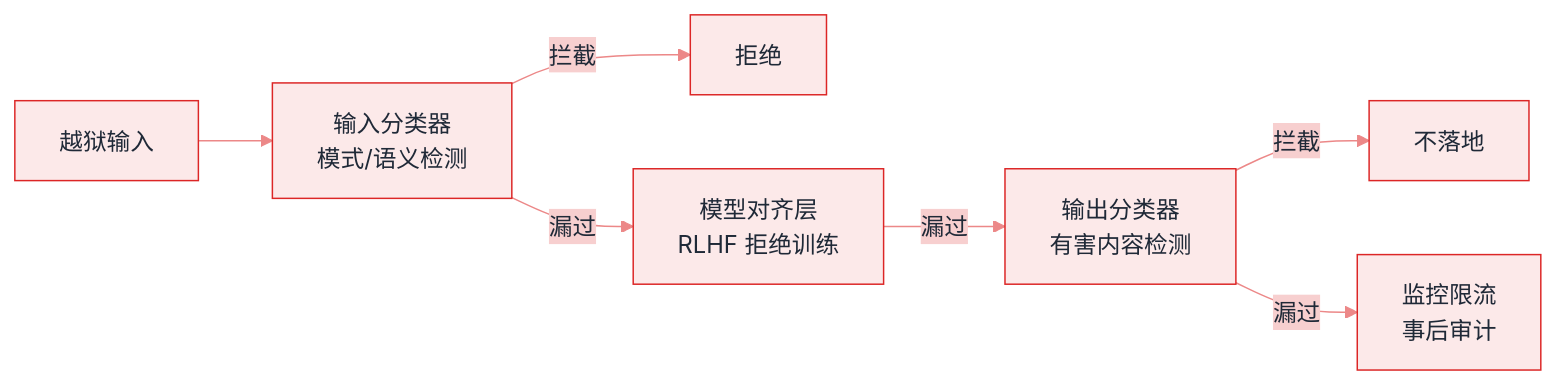
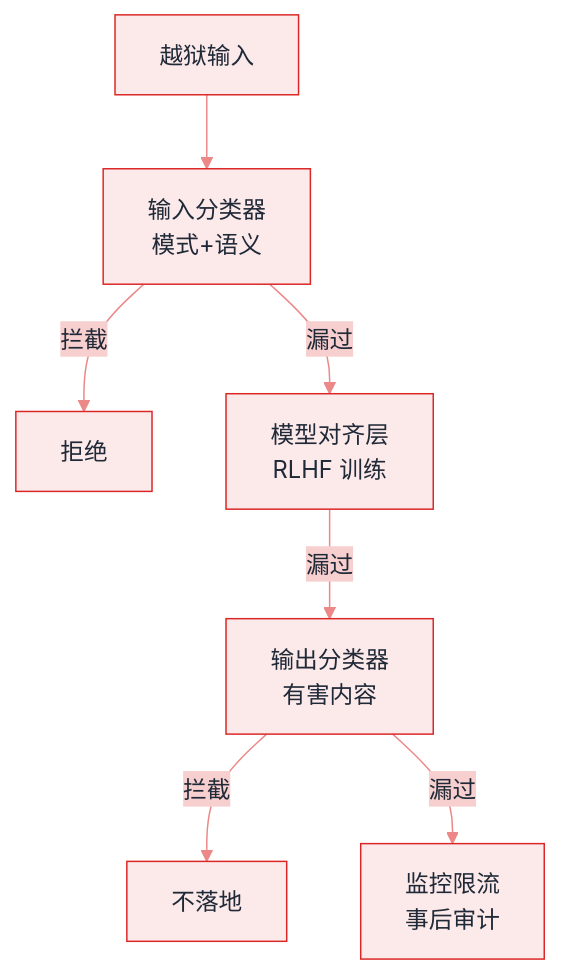
One commit to funny8kids/ai-agent-handbook changed the diagram in docs/10-evaluation-safety/jailbreak.md. Above: the diagram before and after it, drawn with Mermaid. The commit also changed other lines of this file and 45 other files, not shown here.

First line of the commit message:
Thicken 12 thin pages, clear 25 over-width diagrams, re-proportion 10 thin-ribbon diagrams

````diff
--- a/docs/10-evaluation-safety/jailbreak.md
+++ b/docs/10-evaluation-safety/jailbreak.md
@@ -71,10 +71,10 @@
 ```mermaid
 %%{init: {"theme":"base","themeVariables":{"primaryColor":"#FCE9E9","primaryBorderColor":"#DC2626","primaryTextColor":"#1F2937","secondaryColor":"#F7CFCF","tertiaryColor":"#FEF6F6","lineColor":"#EC8888","actorBkg":"#FCEEEE","actorBorder":"#DC2626","actorTextColor":"#1F2937","signalColor":"#E76767","noteBkgColor":"#F9D8D8","noteBorderColor":"#DC2626","noteTextColor":"#1F2937","labelBoxBkgColor":"#FCE9E9","labelBoxBorderColor":"#DC2626"}}}%%
-flowchart LR
-  A[越狱输入] --> B[输入分类器<br/>模式/语义检测]
+flowchart TB
+  A[越狱输入] --> B[输入分类器<br/>模式+语义]
   B -- 拦截 --> X[拒绝]
-  B -- 漏过 --> C[模型对齐层<br/>RLHF 拒绝训练]
-  C -- 漏过 --> D[输出分类器<br/>有害内容检测]
+  B -- 漏过 --> C[模型对齐层<br/>RLHF 训练]
+  C -- 漏过 --> D[输出分类器<br/>有害内容]
   D -- 拦截 --> Y[不落地]
   D -- 漏过 --> E[监控限流<br/>事后审计]
 ```
````
